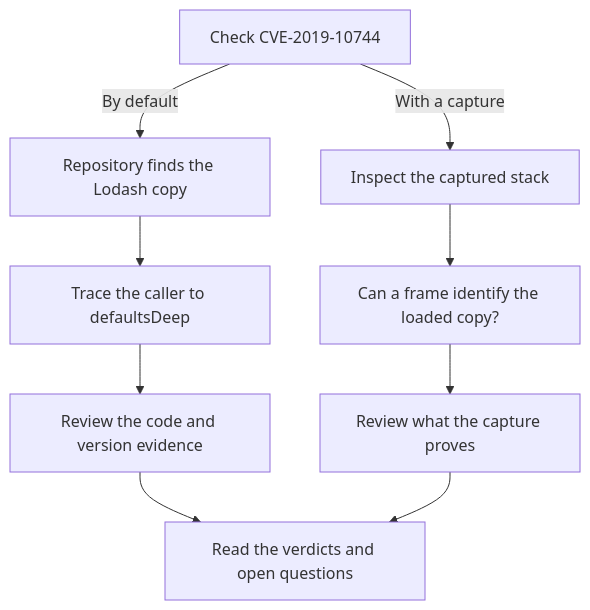
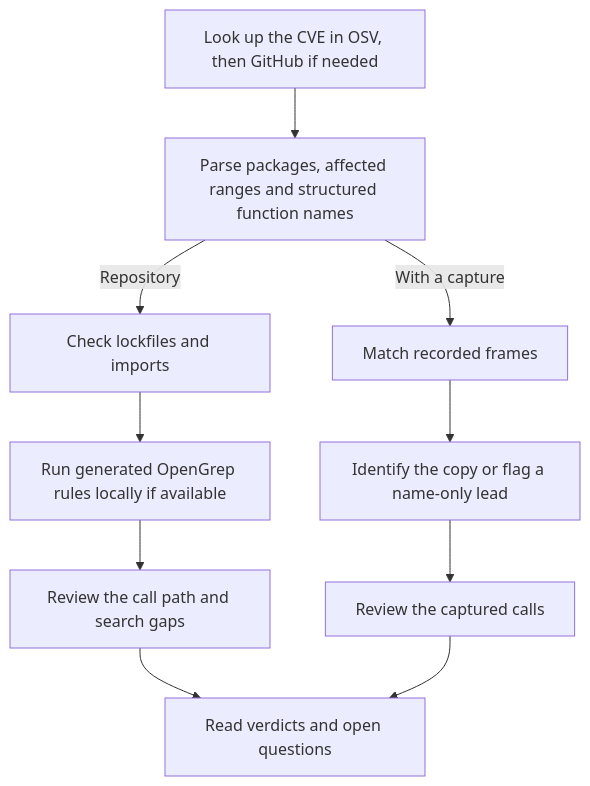
The diagram in sdk/typescript/docs/dependency-exploitability.md (openai/codex-security), drawn with Mermaid before and after one commit. The commit also changed other lines of this file and 1 other file, not shown here.

Commit message:
docs(cli): trace selected functions and integrate a hosted stack worker

````diff
--- a/sdk/typescript/docs/dependency-exploitability.md
+++ b/sdk/typescript/docs/dependency-exploitability.md
@@ -76,12 +78,12 @@
 ```mermaid
 flowchart TD
-    Check["Check CVE-2019-10744"]
-    Check -->|By default| Repo["Repository finds the Lodash copy"]
-    Check -->|With a capture| Stacks["Inspect the captured stack"]
-    Repo --> Trace["Trace the caller to defaultsDeep"]
-    Stacks --> Frames["Can a frame identify the loaded copy?"]
-    Trace --> RepoReview["Review the code and version evidence"]
-    Frames --> StackReview["Review what the capture proves"]
-    RepoReview --> Report["Read the verdicts and open questions"]
-    StackReview --> Report
+    Check["Look up the CVE in OSV, then GitHub if needed"] --> Parse["Parse packages, affected ranges and structured function names"]
+    Parse -->|Repository| Repo["Check lockfiles and imports"]
+    Parse -->|With a capture| Stacks["Match recorded frames"]
+    Repo --> Scan["Run generated OpenGrep rules locally if available"]
+    Stacks --> Frames["Identify the copy or flag a name-only lead"]
+    Scan --> R["Review the call path and search gaps"]
+    Frames --> S["Review the captured calls"]
+    R --> Report["Read verdicts and open questions"]
+    S --> Report
 ```
````
